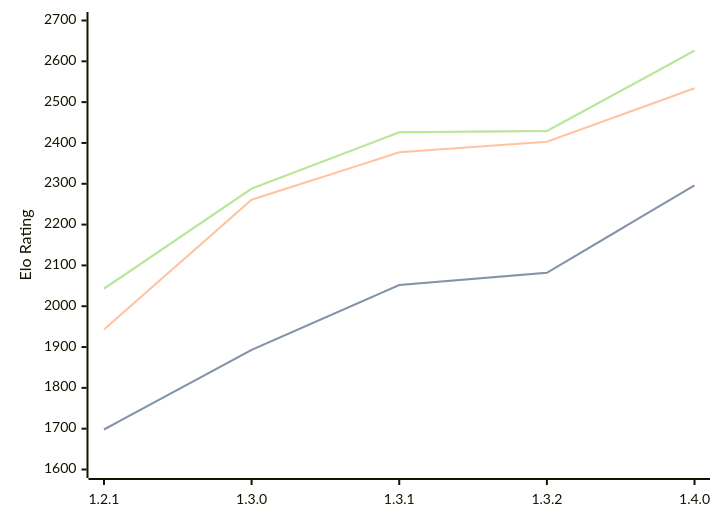
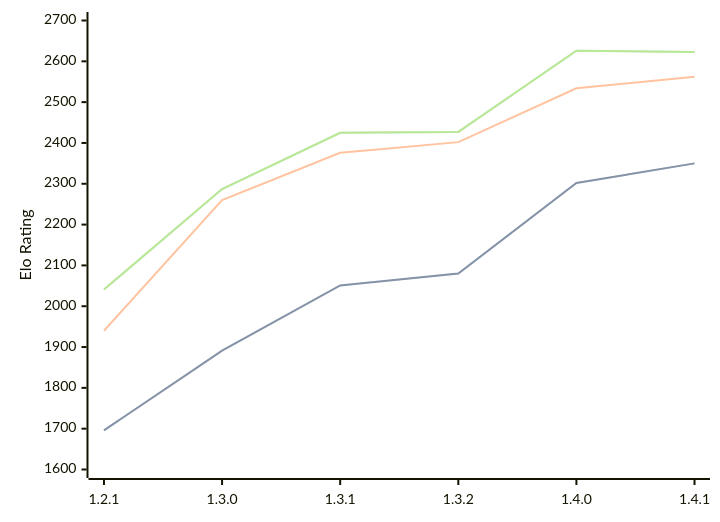
One commit to computer-chess-index/cci changed the diagram in engines/Chal.md. Above: the diagram before and after it, drawn with Mermaid. The commit also changed other lines of this file, not shown here.

Commit message:
Update CCI Ratings (ELO VLTC) - 2026-04-26

````diff
--- a/engines/Chal.md
+++ b/engines/Chal.md
@@ -38,11 +39,11 @@
 ```mermaid
 %%{init: {"theme":"base","themeVariables":{"seriesColors:['#a3a3a3','#222221','#faa371']}}}%%
 xychart-beta
-  x-axis ["1.2.1", "1.3.0", "1.3.1", "1.3.2", "1.4.0"]
+  x-axis ["1.2.1", "1.3.0", "1.3.1", "1.3.2", "1.4.0", "1.4.1"]
   y-axis "Elo Rating" 1600 --> 2700
-  line "STC (8.0+0.08s)" [1698, 1893, 2052, 2082, 2296]
-  line "STC (8.0+0.08s)" [1698, 1893, 2052, 2082, 2296]
-  line "LTC (60.0+0.60s)" [1943, 2261, 2377, 2403, 2534]
-  line "VLTC (2m24s+1.12s)" [2043, 2288, 2426, 2429, 2626]
-  line "VLTC (2m24s+1.12s)" [2043, 2288, 2426, 2429, 2626]
+  line "STC (8.0+0.08s)" [1696, 1891, 2051, 2080, 2302, 2350]
+  line "STC (8.0+0.08s)" [1696, 1891, 2051, 2080, 2302, 2350]
+  line "LTC (60.0+0.60s)" [1940, 2260, 2376, 2402, 2534, 2562]
+  line "VLTC (2m24s+1.12s)" [2041, 2287, 2425, 2427, 2626, 2623]
+  line "VLTC (2m24s+1.12s)" [2041, 2287, 2425, 2427, 2626, 2623]
 ```
````
